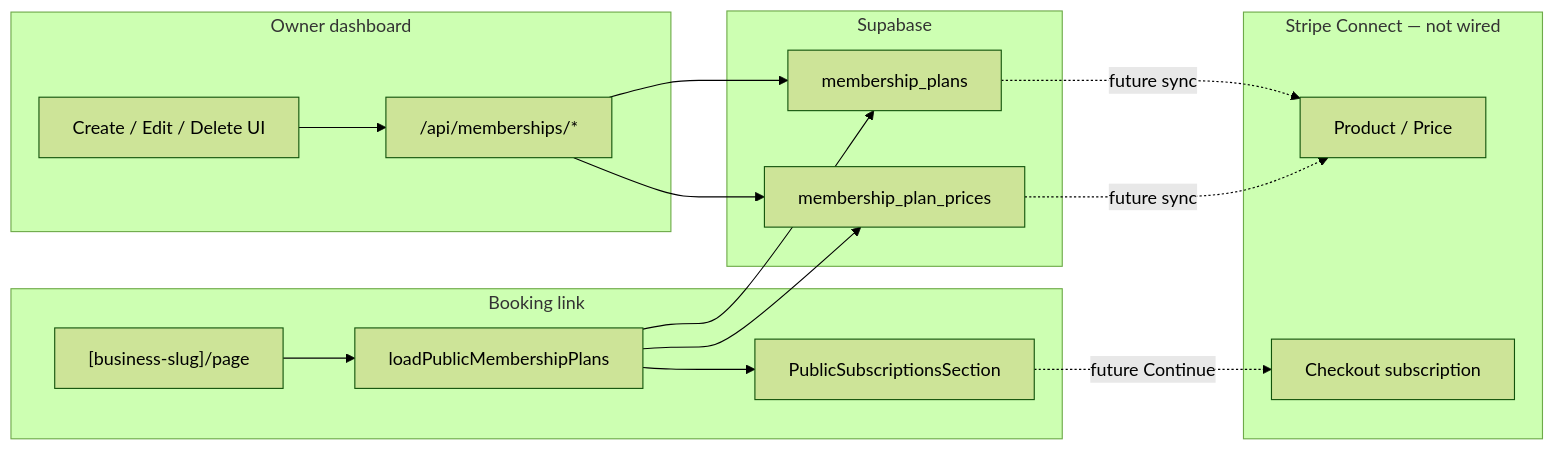
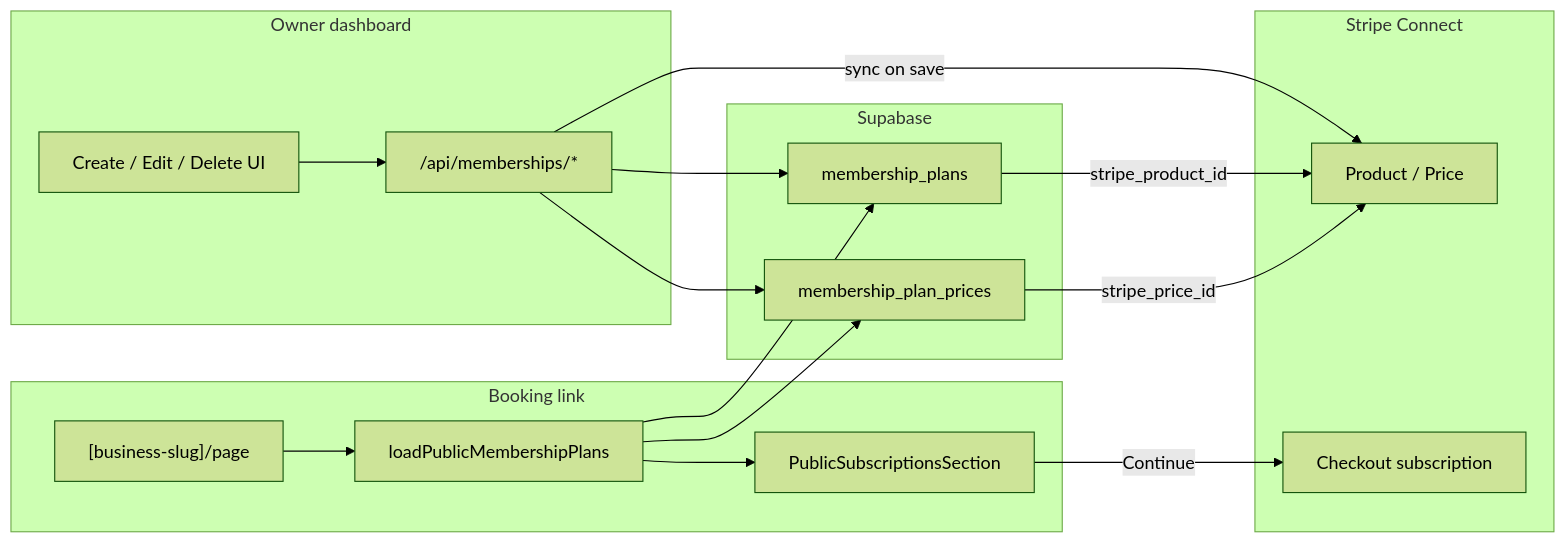
One commit to jsanch387/servicelink changed the diagram in src/features/subscriptions/docs/FLOWS.md. Above: the diagram before and after it, drawn with Mermaid (forest theme). The commit also changed other lines of this file and 84 other files, not shown here.

````diff
--- a/src/features/subscriptions/docs/FLOWS.md
+++ b/src/features/subscriptions/docs/FLOWS.md
@@ -196,34 +221,36 @@
 ```mermaid
 flowchart LR
   subgraph owner [Owner dashboard]
     UI[Create / Edit / Delete UI]
     API["/api/memberships/*"]
     UI --> API
   end
 
   subgraph db [Supabase]
     P[membership_plans]
     PR[membership_plan_prices]
     API --> P
     API --> PR
   end
 
+  subgraph stripe [Stripe Connect]
+    Prod[Product / Price]
+    CO[Checkout subscription]
+  end
+
+  API -->|sync on save| Prod
+  P -->|stripe_product_id| Prod
+  PR -->|stripe_price_id| Prod
+
   subgraph public [Booking link]
     Page["[business-slug]/page"]
     Load[loadPublicMembershipPlans]
     Cards[PublicSubscriptionsSection]
     Page --> Load
     Load --> P
     Load --> PR
     Load --> Cards
   end
 
-  subgraph stripe [Stripe Connect — not wired]
-    Prod[Product / Price]
-    CO[Checkout subscription]
-  end
-
-  P -.->|future sync| Prod
-  PR -.->|future sync| Prod
-  Cards -.->|future Continue| CO
+  Cards -->|Continue| CO
 ```
````
